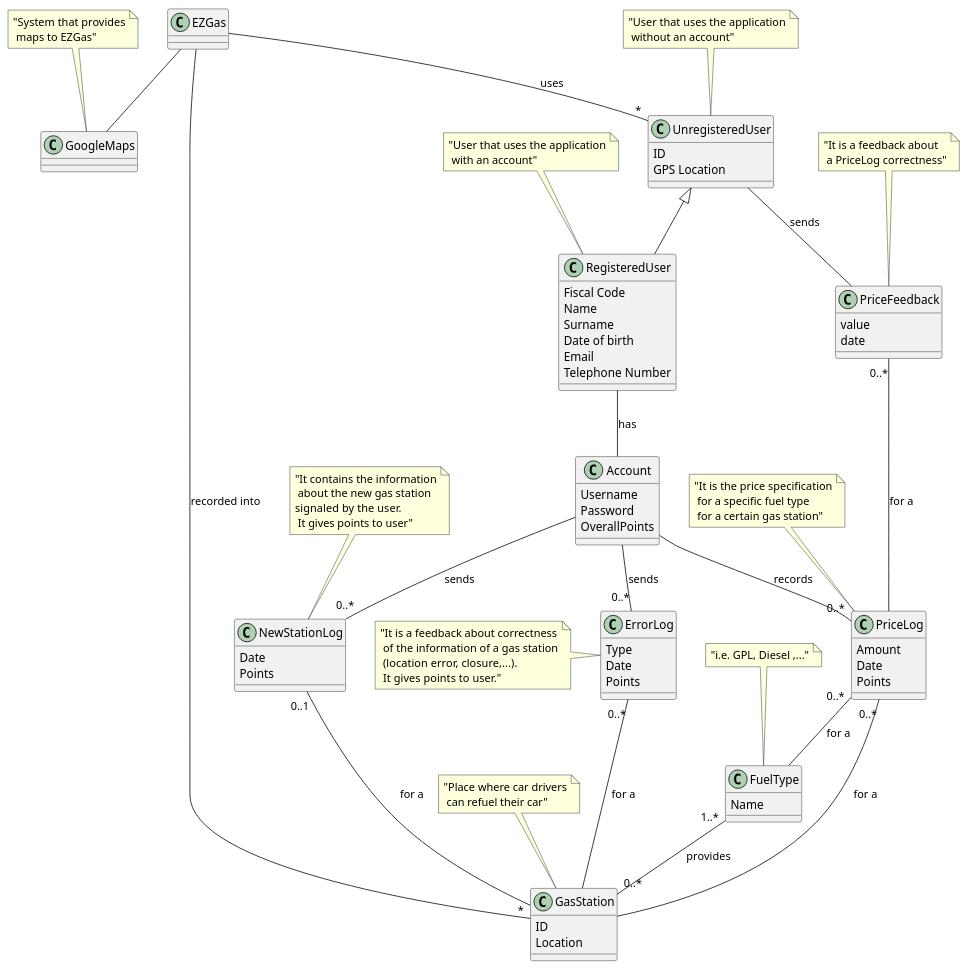
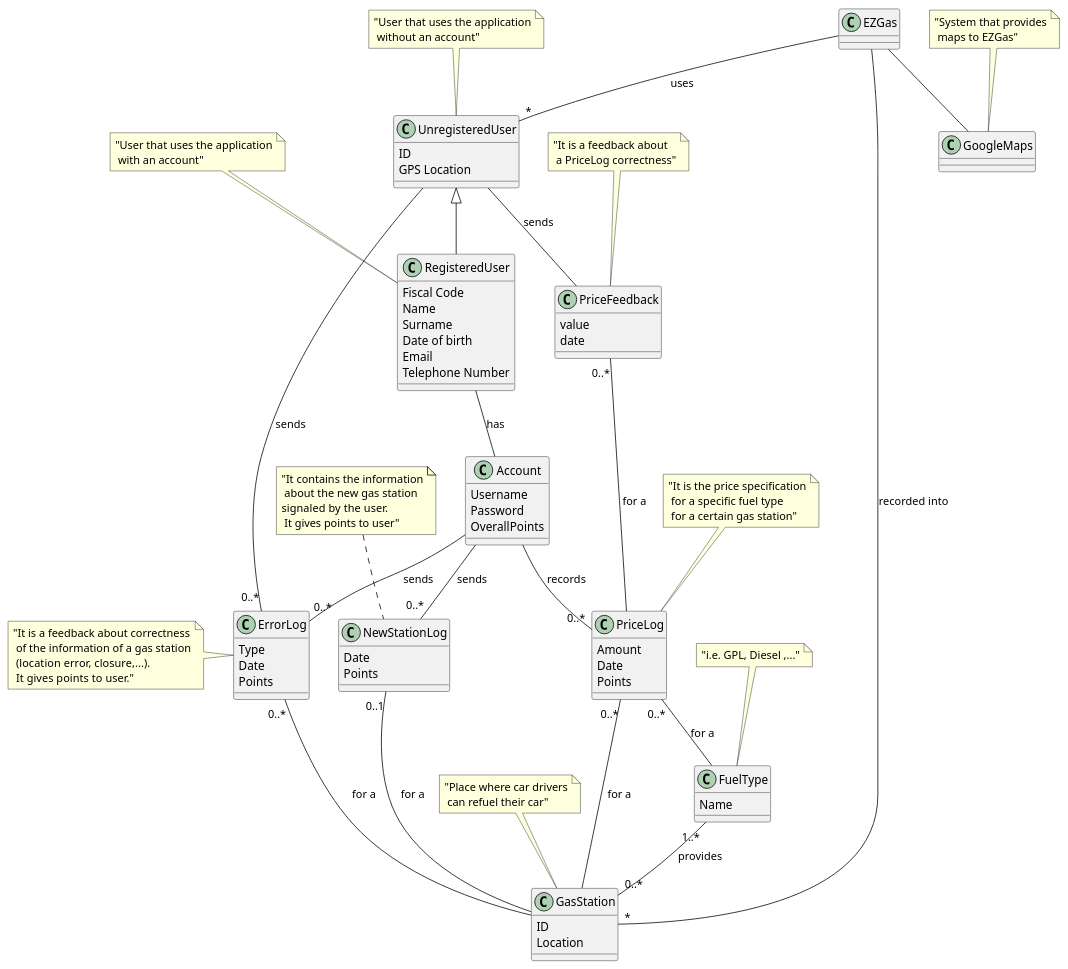
Before and after one commit to CangaRouter/ExGas: the second of 2 diagrams in docs/RequirementsDocument.md, drawn with PlantUML. The commit also changed other lines of this file, not shown here.

```diff
--- a/docs/RequirementsDocument.md
+++ b/docs/RequirementsDocument.md
@@ -346,6 +368,7 @@
 FuelType "1..*" --  "0..*" GasStation : provides
 
 Account -- "0..*" ErrorLog : sends
+UnregisteredUser -- "0..*" ErrorLog : sends
 ErrorLog "0..*" -- GasStation : for a
 
 Account -- "0..*" NewStationLog : sends
```
